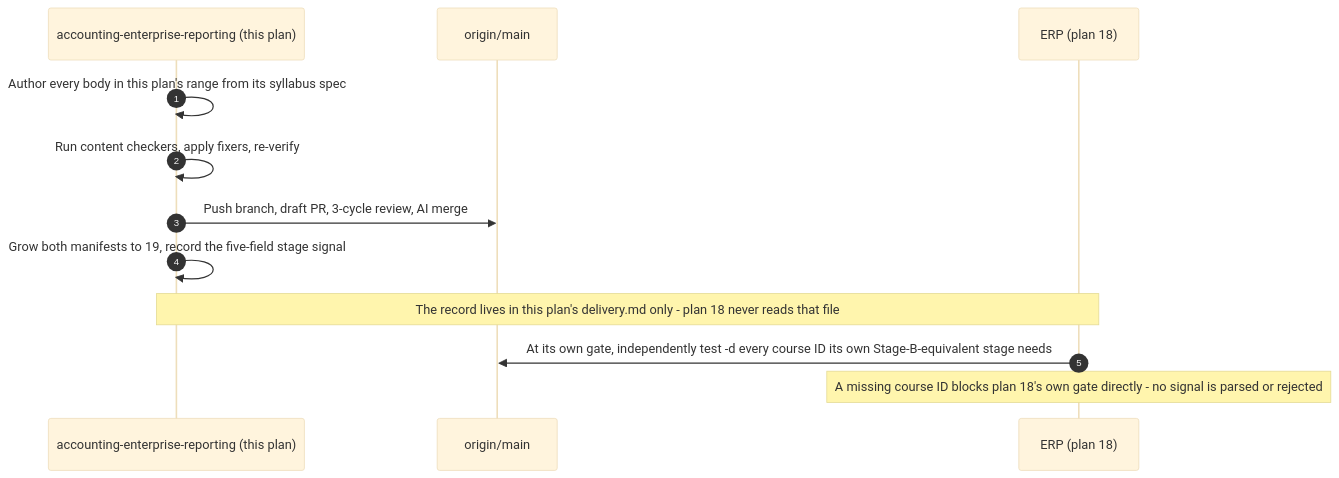
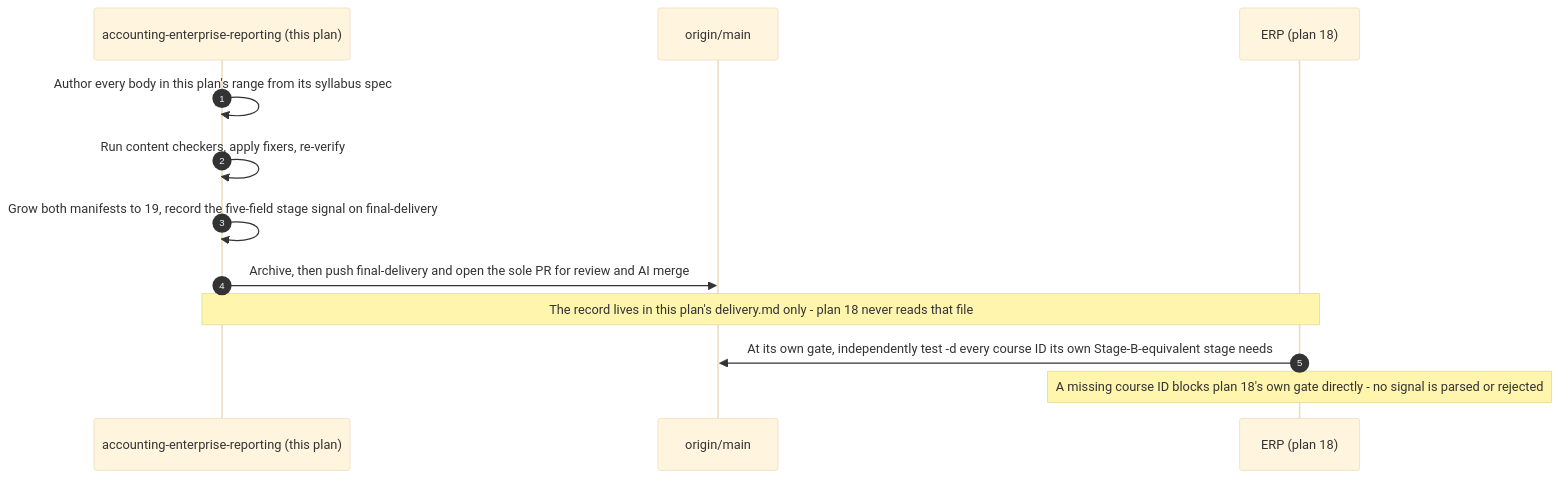
The third of 3 diagrams in plans/backlog/ayokoding-learning-path-15-skills-accounting-enterprise-reporting/tech-docs.md (wahidyankf/open-sharia-fintech), drawn with Mermaid (base theme) before and after one commit. The commit also changed other lines of this file and 49 other files, not shown here.

````diff
--- a/plans/backlog/ayokoding-learning-path-15-skills-accounting-enterprise-reporting/tech-docs.md
+++ b/plans/backlog/ayokoding-learning-path-15-skills-accounting-enterprise-reporting/tech-docs.md
@@ -292,16 +292,16 @@
 ```mermaid
 %% Order of operations for this plan's stage signal.
 sequenceDiagram
     autonumber
     participant P15 as accounting-enterprise-reporting (this plan)
     participant Main as origin/main
     participant P18 as ERP (plan 18)
 
     P15->>P15: Author every body in this plan's range from its syllabus spec
     P15->>P15: Run content checkers, apply fixers, re-verify
-    P15->>Main: Push branch, draft PR, 3-cycle review, AI merge
-    P15->>P15: Grow both manifests to 19, record the five-field stage signal
+    P15->>P15: Grow both manifests to 19, record the five-field stage signal on final-delivery
+    P15->>Main: Archive, then push final-delivery and open the sole PR for review and AI merge
     Note over P15,P18: The record lives in this plan's delivery.md only - plan 18 never reads that file
     P18->>Main: At its own gate, independently test -d every course ID its own Stage-B-equivalent stage needs
     Note over P18: A missing course ID blocks plan 18's own gate directly - no signal is parsed or rejected
 ```
````
